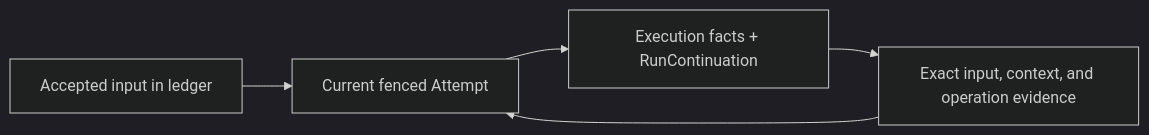
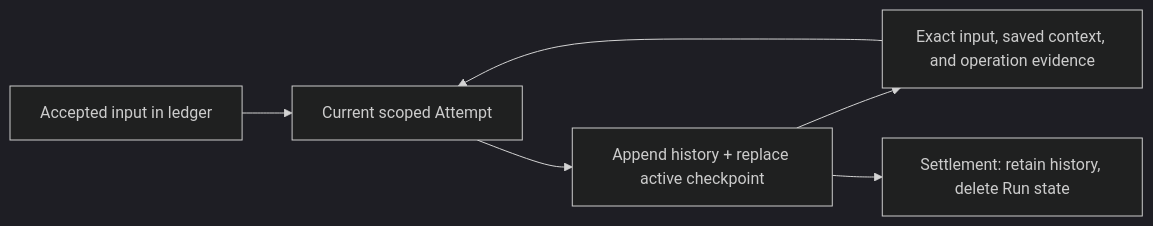
One commit to yielded-dev/agent changed the diagram in docs/src/content/docs/concepts/durability.md. Above: the diagram before and after it, drawn with Mermaid (dark theme). The commit also changed other lines of this file and 218 other files, not shown here.

````diff
--- a/docs/src/content/docs/concepts/durability.md
+++ b/docs/src/content/docs/concepts/durability.md
@@ -84,7 +93,8 @@
 ```mermaid
 flowchart LR
-  A[Accepted input in ledger] --> B[Current fenced Attempt]
-  B --> C[Execution facts + RunContinuation]
-  C --> D[Exact input, context, and operation evidence]
+  A[Accepted input in ledger] --> B[Current scoped Attempt]
+  B --> C[Append history + replace active checkpoint]
+  C --> D[Exact input, saved context, and operation evidence]
   D --> B
+  C --> E[Settlement: retain history, delete Run state]
 ```
````
